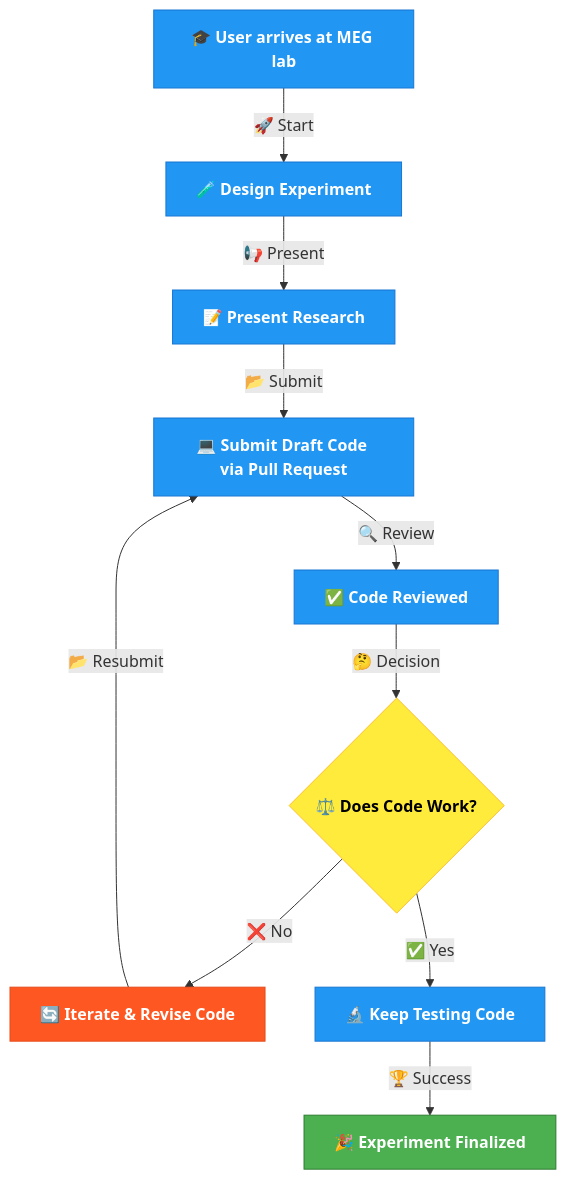
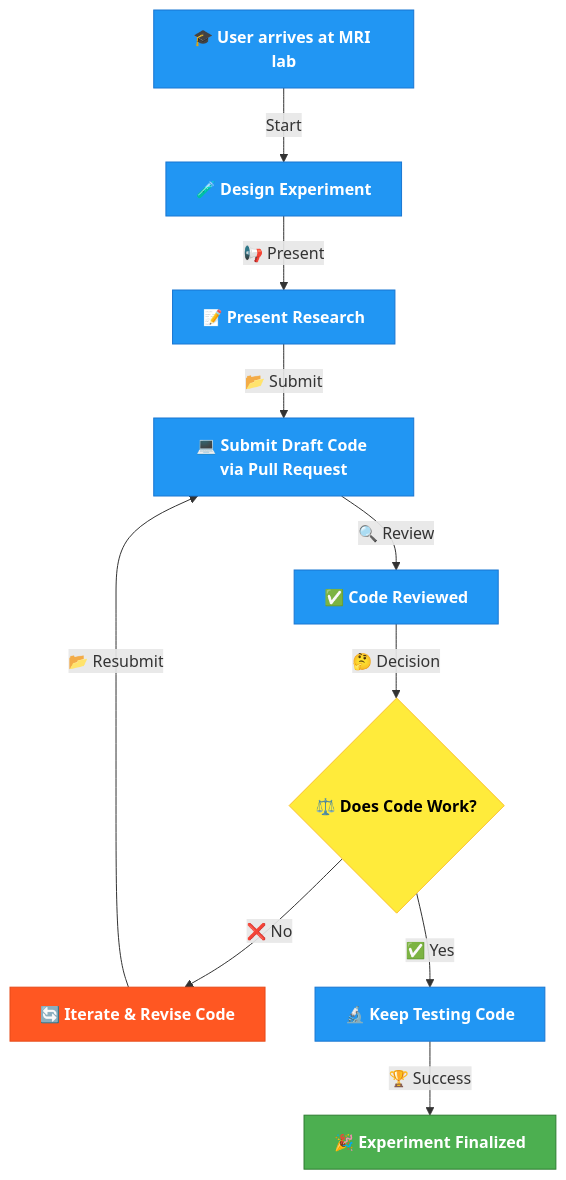
Before and after one commit to BioMedicalImaging-Core-NYUAD/brainimaging-lab-documentation: the diagram in docs/source/1-lab_overview/3-process_diagram.rst, drawn with Mermaid.

Commit message:
added link

```diff
--- a/docs/source/1-lab_overview/3-process_diagram.rst
+++ b/docs/source/1-lab_overview/3-process_diagram.rst
@@ -8,28 +8,28 @@
 .. mermaid::
 
     graph TD;
-        A[🎓 <b>User arrives at MEG lab</b>] -->|🚀 Start| B[🧪 <b>Design Experiment</b>];
+        A[🎓 <b>User arrives at MRI lab</b>] -->| Start| B[🧪 <b>Design Experiment</b>];
         B -->|📢 Present| C[📝 <b>Present Research</b>];
         C -->|📂 Submit| D[💻 <b>Submit Draft Code via Pull Request</b>];
         D -->|🔍 Review| E[✅ <b>Code Reviewed</b>];
         E -->|🤔 Decision| F{⚖️ <b>Does Code Work?</b>};
 
         F --❌ No --> G[🔄 <b>Iterate & Revise Code</b>];
         G -->|📂 Resubmit| D;
 
         F --✅ Yes --> H[🔬 <b>Keep Testing Code</b>];
         H -->|🏆 Success| I[🎉 <b>Experiment Finalized</b>];
 
         %% Clickable Node for GitHub PR
-        click D "https://github.com/Hzaatiti/meg-pipeline/pulls" "Visit GitHub Repository"
+        click B "https://drive.google.com/drive/folders/1s2pE1BAYCHVMi1RfnJD2i7T2XkJIsj1r?usp=drive_link"
 
         %% Style Definitions
         classDef success fill:#4CAF50,stroke:#2E7D32,color:#fff;
         classDef decision fill:#FFEB3B,stroke:#FBC02D,color:#000;
         classDef process fill:#2196F3,stroke:#1976D2,color:#fff;
         classDef warning fill:#FF5722,stroke:#E64A19,color:#fff;
 
         class A,B,C,D,E,H process;
         class F decision;
         class G warning;
         class I success;
```
